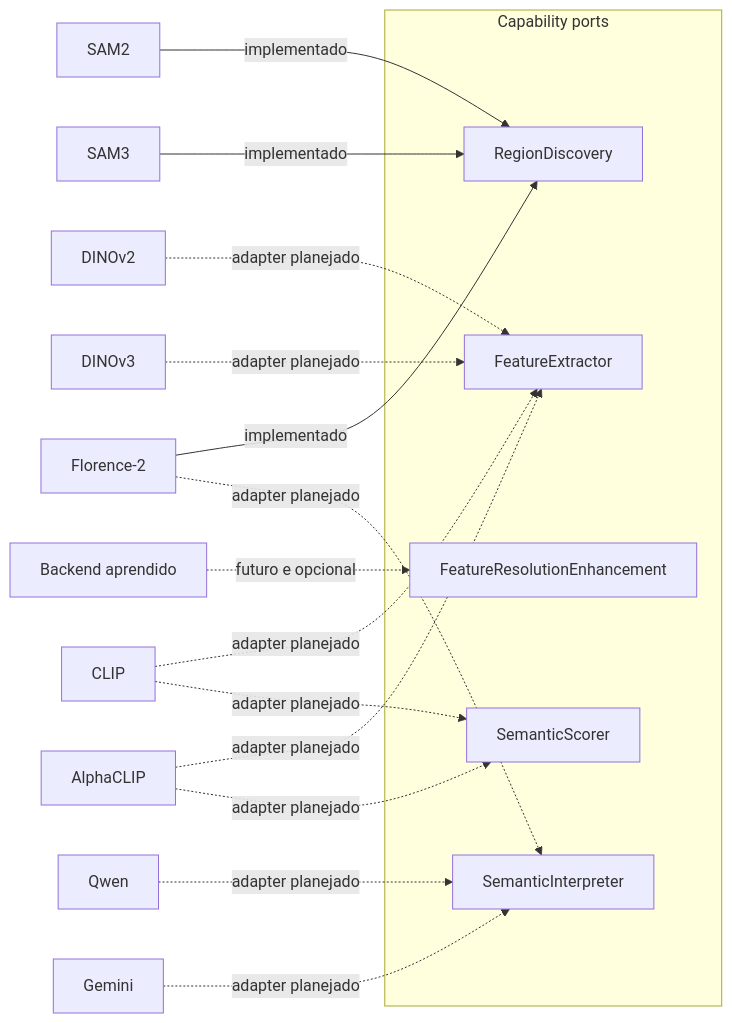
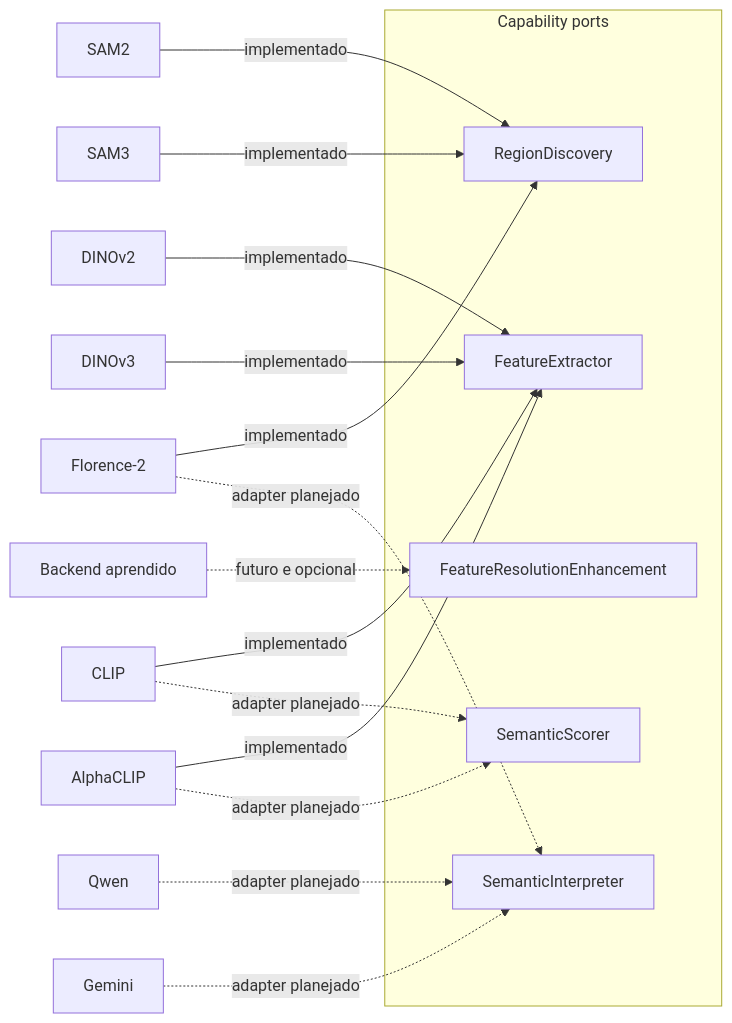
The diagram in src/contextmap/visual_perception/docs/ports.md (Alexandre-Tortoza/contextmap2), drawn with Mermaid before and after one commit. The commit also changed 9 other files, not shown here.

````diff
--- a/src/contextmap/visual_perception/docs/ports.md
+++ b/src/contextmap/visual_perception/docs/ports.md
@@ -7,24 +7,24 @@
 ```mermaid
 flowchart LR
     subgraph PORTS[Capability ports]
         RD["RegionDiscovery"]
         FE["FeatureExtractor"]
         FRE["FeatureResolutionEnhancement"]
         SI["SemanticInterpreter"]
         SS["SemanticScorer"]
     end
 
     SAM2["SAM2"] -->|implementado| RD
     SAM3["SAM3"] -->|implementado| RD
     F2["Florence-2"] -->|implementado| RD
     F2 -. adapter planejado .-> SI
-    D2["DINOv2"] -. adapter planejado .-> FE
-    D3["DINOv3"] -. adapter planejado .-> FE
-    CLIP["CLIP"] -. adapter planejado .-> FE
+    D2["DINOv2"] -->|implementado| FE
+    D3["DINOv3"] -->|implementado| FE
+    CLIP["CLIP"] -->|implementado| FE
     CLIP -. adapter planejado .-> SS
-    ACLIP["AlphaCLIP"] -. adapter planejado .-> FE
+    ACLIP["AlphaCLIP"] -->|implementado| FE
     ACLIP -. adapter planejado .-> SS
     QWEN["Qwen"] -. adapter planejado .-> SI
     GEMINI["Gemini"] -. adapter planejado .-> SI
     ENH["Backend aprendido"] -. futuro e opcional .-> FRE
 ```
````
